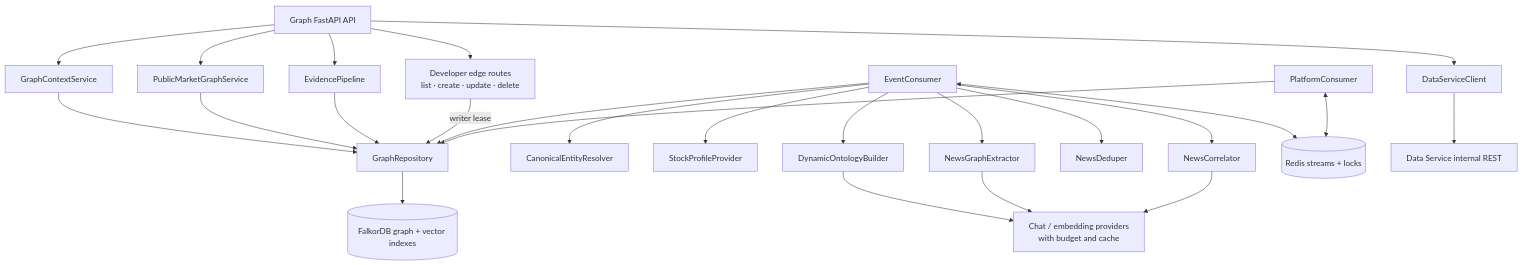
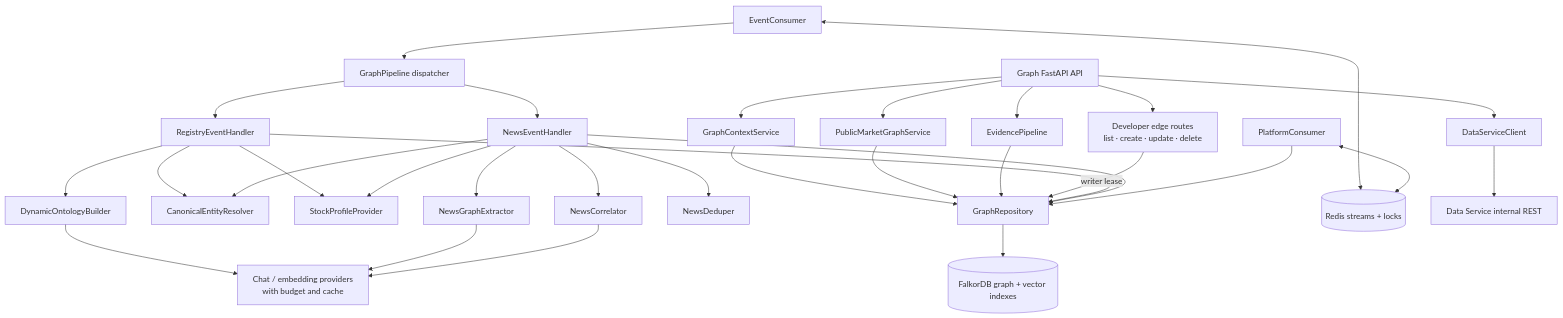
One commit to ShriNarayanPandey01/StockGraph changed the first of 3 diagrams in docs/architecture/stockgraph-service.md. Above: the diagram before and after it, drawn with Mermaid. The commit also changed other lines of this file and 90 other files, not shown here.

````diff
--- a/docs/architecture/stockgraph-service.md
+++ b/docs/architecture/stockgraph-service.md
@@ -17,45 +17,54 @@
 ```mermaid
 flowchart TB
     API[Graph FastAPI API]
     Context[GraphContextService]
     Preview[PublicMarketGraphService]
     Evidence[EvidencePipeline]
     Repo[GraphRepository]
     Resolver[CanonicalEntityResolver]
     Profile[StockProfileProvider]
     Ontology[DynamicOntologyBuilder]
     Extractor[NewsGraphExtractor]
     Deduper[NewsDeduper]
     Correlator[NewsCorrelator]
     DeveloperLinks[Developer edge routes\nlist · create · update · delete]
     PlatformConsumer[PlatformConsumer]
     EventConsumer[EventConsumer]
+    Pipeline[GraphPipeline dispatcher]
+    RegistryHandler[RegistryEventHandler]
+    NewsHandler[NewsEventHandler]
     DataClient[DataServiceClient]
     LLM[Chat / embedding providers\nwith budget and cache]
     Graph[(FalkorDB graph + vector indexes)]
     Redis[(Redis streams + locks)]
     API --> Context
     API --> Preview
     API --> Evidence
     API --> DeveloperLinks
     API --> DataClient
     Context --> Repo
     Preview --> Repo
     Evidence --> Repo
     DeveloperLinks -->|writer lease| Repo
-    EventConsumer --> Resolver
-    EventConsumer --> Profile
-    EventConsumer --> Ontology
-    EventConsumer --> Extractor
-    EventConsumer --> Deduper
-    EventConsumer --> Correlator
+    EventConsumer --> Pipeline
+    Pipeline --> RegistryHandler
+    Pipeline --> NewsHandler
+    RegistryHandler --> Resolver
+    RegistryHandler --> Profile
+    RegistryHandler --> Ontology
+    NewsHandler --> Resolver
+    NewsHandler --> Profile
+    NewsHandler --> Extractor
+    NewsHandler --> Deduper
+    NewsHandler --> Correlator
     Ontology --> LLM
     Extractor --> LLM
     Correlator --> LLM
-    EventConsumer --> Repo
+    RegistryHandler --> Repo
+    NewsHandler --> Repo
     PlatformConsumer --> Repo
     Repo --> Graph
     EventConsumer <--> Redis
     PlatformConsumer <--> Redis
     DataClient --> Data[Data Service internal REST]
 ```
````
